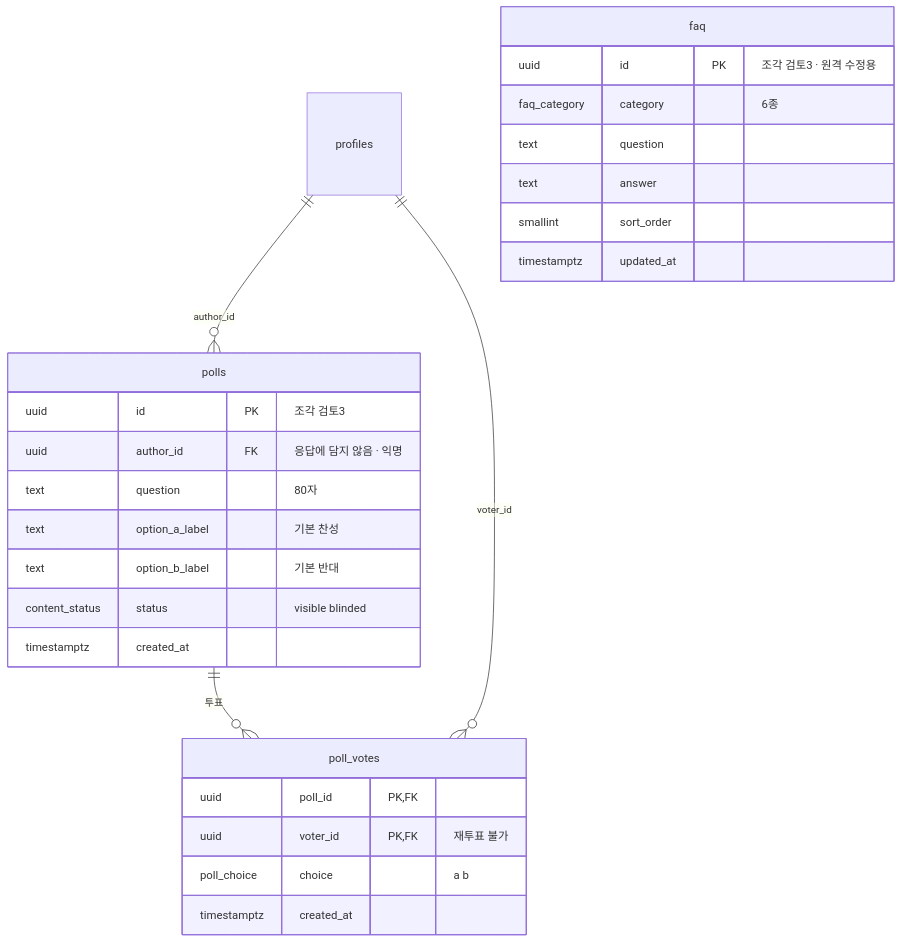
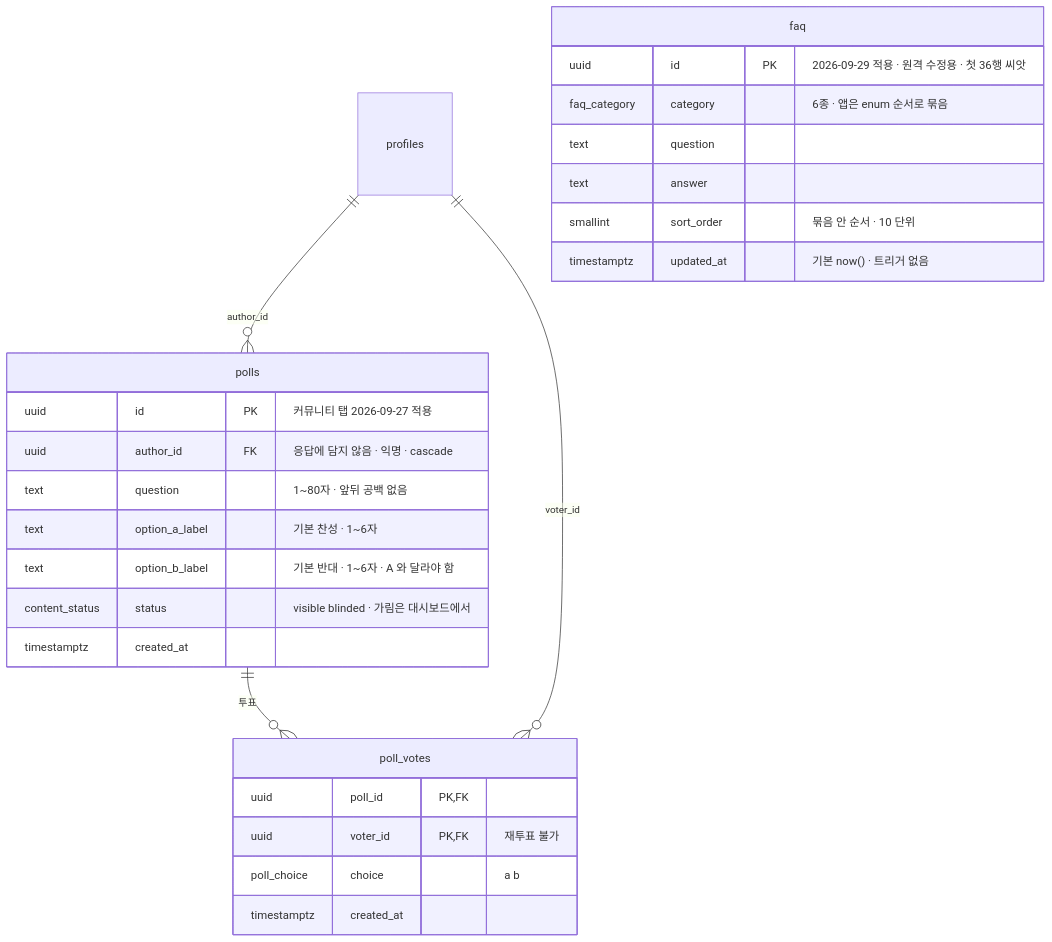
The sixth of 6 diagrams in docs/ERD.md (Ju-unn/Campus_mate_compose), drawn with Mermaid before and after one commit. The commit also changed other lines of this file, not shown here.

First line of the commit message:
📝 docs(erd): 조각 6 · 추천 · 하트 인증 · 지인 리뷰 · 코호트 · 가입 동의 · FAQ 적용 상태 반영

````diff
--- a/docs/ERD.md
+++ b/docs/ERD.md
@@ -523,33 +540,33 @@
 ```mermaid
 %%{init: {'er': {'diagramPadding': 40, 'entityPadding': 25}}}%%
 erDiagram
     profiles ||--o{ polls : "author_id"
     polls ||--o{ poll_votes : "투표"
     profiles ||--o{ poll_votes : "voter_id"
 
     polls {
-        uuid id PK "조각 검토3"
-        uuid author_id FK "응답에 담지 않음 · 익명"
-        text question "80자"
-        text option_a_label "기본 찬성"
-        text option_b_label "기본 반대"
-        content_status status "visible blinded"
+        uuid id PK "커뮤니티 탭 2026-09-27 적용"
+        uuid author_id FK "응답에 담지 않음 · 익명 · cascade"
+        text question "1~80자 · 앞뒤 공백 없음"
+        text option_a_label "기본 찬성 · 1~6자"
+        text option_b_label "기본 반대 · 1~6자 · A 와 달라야 함"
+        content_status status "visible blinded · 가림은 대시보드에서"
         timestamptz created_at
     }
 
     poll_votes {
         uuid poll_id PK, FK
         uuid voter_id PK, FK "재투표 불가"
         poll_choice choice "a b"
         timestamptz created_at
     }
 
     faq {
-        uuid id PK "조각 검토3 · 원격 수정용"
-        faq_category category "6종"
+        uuid id PK "2026-09-29 적용 · 원격 수정용 · 첫 36행 씨앗"
+        faq_category category "6종 · 앱은 enum 순서로 묶음"
         text question
         text answer
-        smallint sort_order
-        timestamptz updated_at
+        smallint sort_order "묶음 안 순서 · 10 단위"
+        timestamptz updated_at "기본 now() · 트리거 없음"
     }
 ```
````
